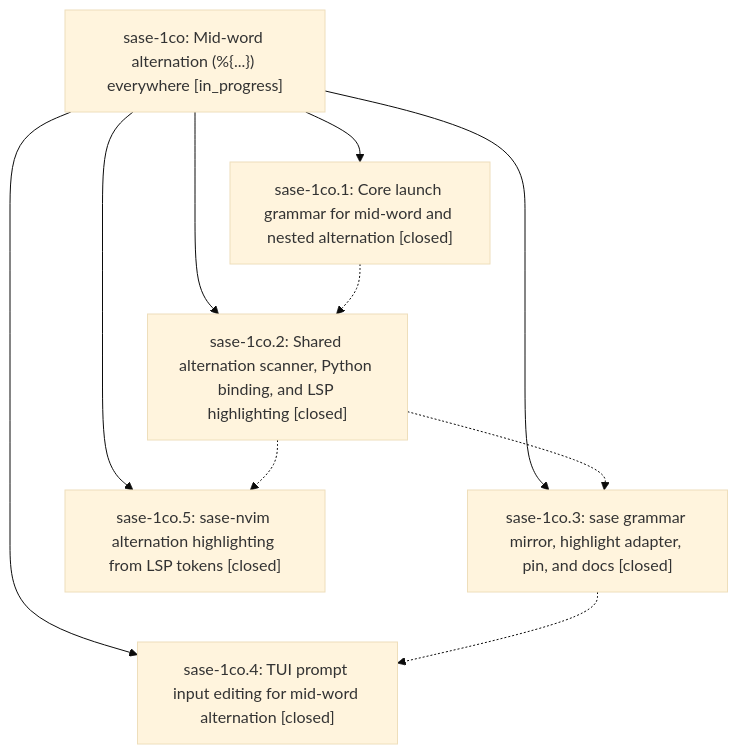
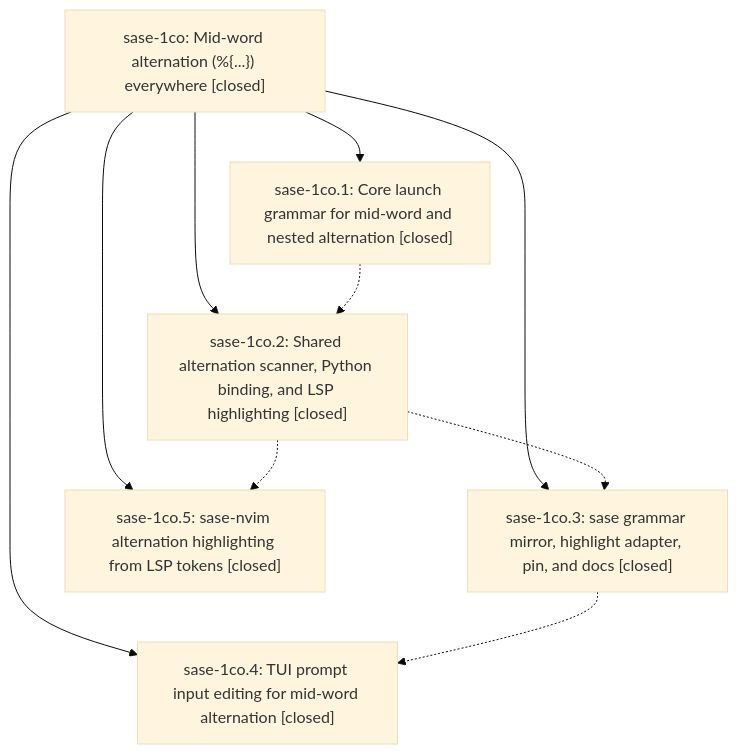
Before and after one commit to sase-org/sase--beads: the diagram in pages/sase-1co/README.md, drawn with Mermaid (base theme). The commit also changed other lines of this file and 2 other files, not shown here.

First line of the commit message:
chore(beads): sync bead state and pages for sase-1co

````diff
--- a/pages/sase-1co/README.md
+++ b/pages/sase-1co/README.md
@@ -26,18 +74,18 @@
 ```mermaid
 flowchart TD
-    n0["sase-1co: Mid-word alternation (%{...}) everywhere [in_progress]"]
+    n0["sase-1co: Mid-word alternation (%{...}) everywhere [closed]"]
     n1["sase-1co.1: Core launch grammar for mid-word and nested alternation [closed]"]
     n2["sase-1co.2: Shared alternation scanner, Python binding, and LSP highlighting [closed]"]
     n3["sase-1co.3: sase grammar mirror, highlight adapter, pin, and docs [closed]"]
     n4["sase-1co.4: TUI prompt input editing for mid-word alternation [closed]"]
     n5["sase-1co.5: sase-nvim alternation highlighting from LSP tokens [closed]"]
     n0 --> n1
     n0 --> n2
     n0 --> n3
     n0 --> n4
     n0 --> n5
     n1 -.-> n2
     n2 -.-> n3
     n2 -.-> n5
     n3 -.-> n4
 ```
````
